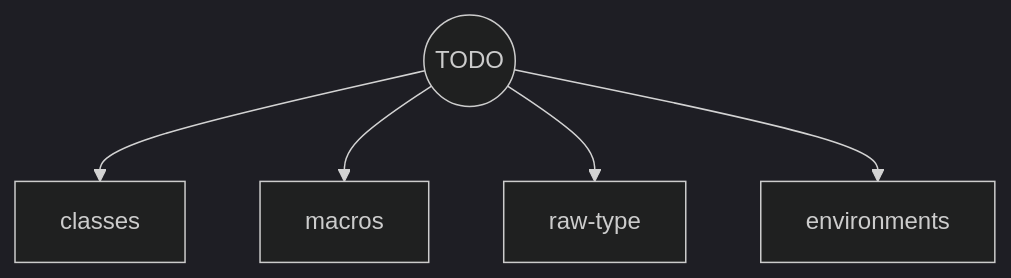
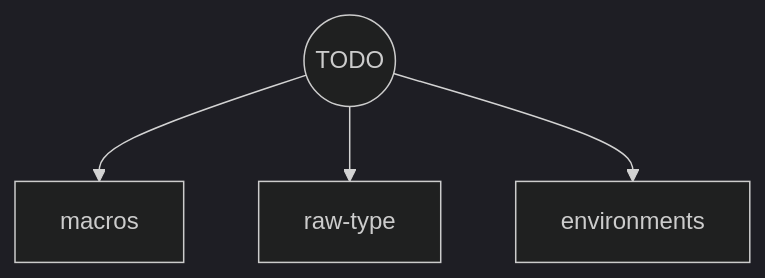
Before and after one commit to colinleach/learning-track-doodles: the second of 2 diagrams in r/flowchart.md, drawn with Mermaid (dark theme). The commit also changed other lines of this file and 1 other file, not shown here.

Commit message:
more func prog

````diff
--- a/r/flowchart.md
+++ b/r/flowchart.md
@@ -90,8 +90,7 @@
 ```mermaid
 graph TD
     
-todo(("TODO")) --> classes
-todo --> macros
+todo(("TODO")) -->  macros
 todo --> raw-type
 todo --> environments
 ```
````
